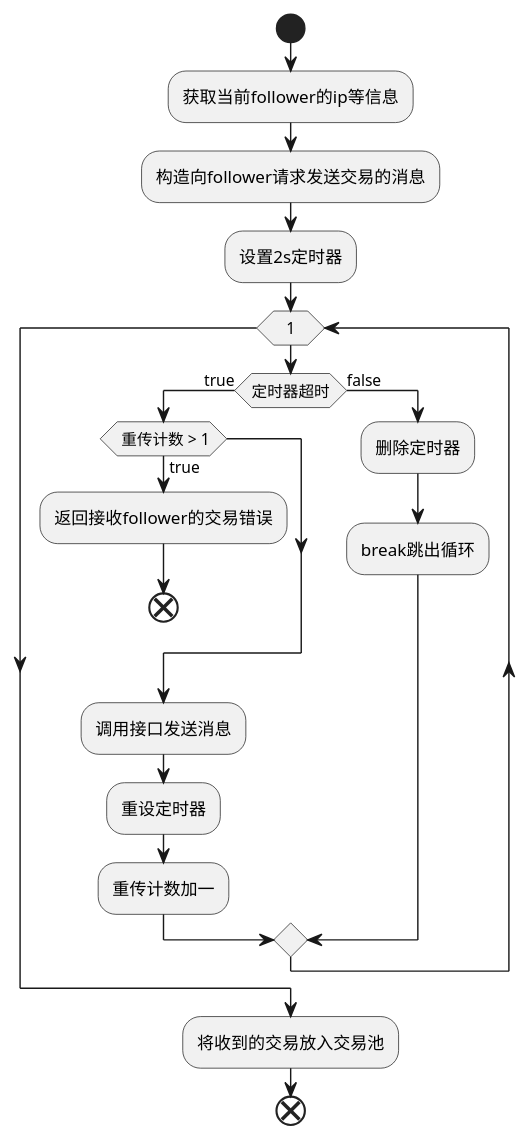
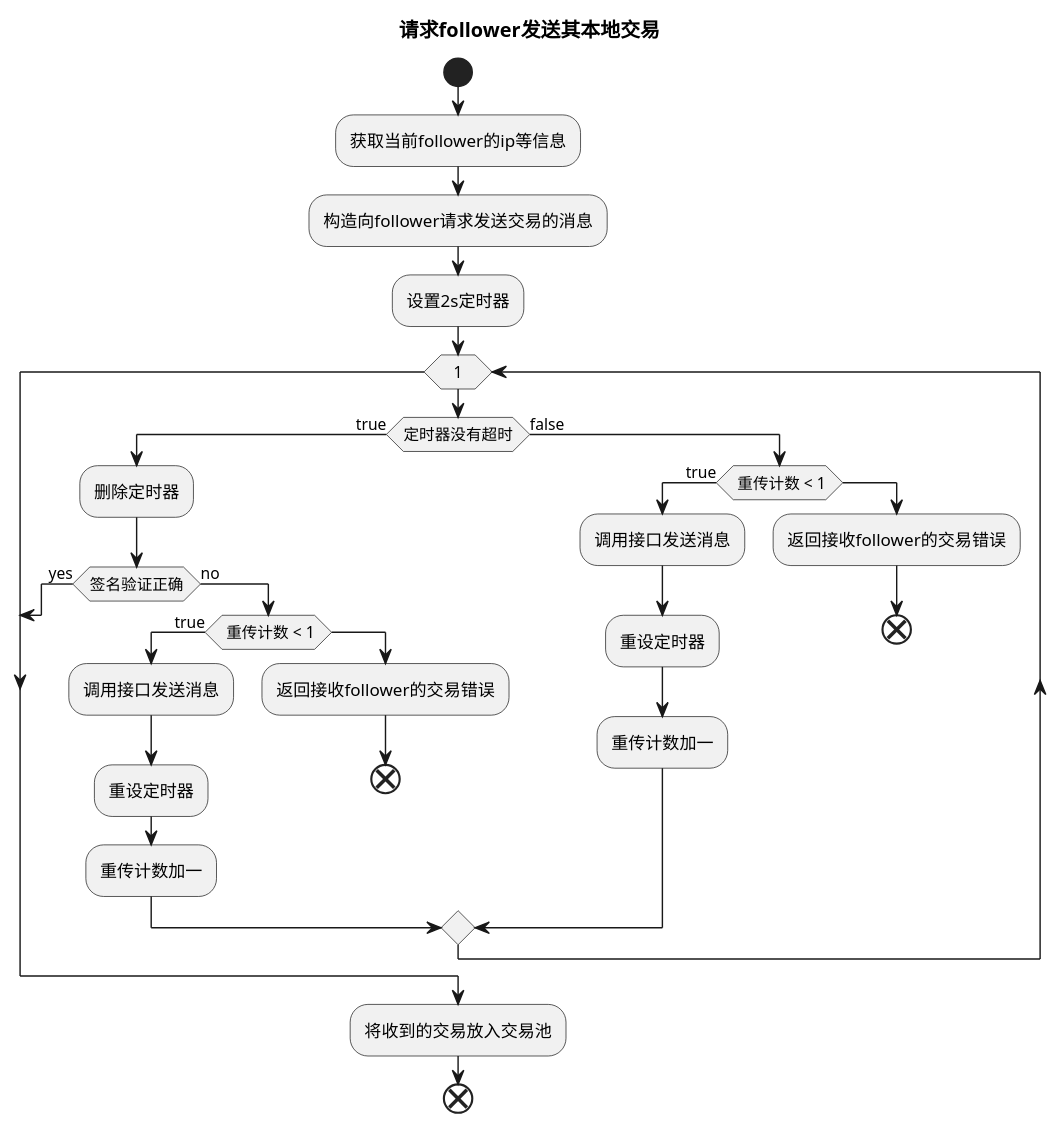
One commit to alvinleee/matrix-work changed the diagram in doc/sendTxReqToFollowers.wsd. Above: the diagram before and after it, drawn with PlantUML. The commit also changed 6 other files, not shown here.

Commit message:
update leader的具体函数流程图

```diff
--- a/doc/sendTxReqToFollowers.wsd
+++ b/doc/sendTxReqToFollowers.wsd
@@ -1,24 +1,36 @@
 @startuml
-
+title 请求follower发送其本地交易
 start
 :获取当前follower的ip等信息;
 :构造向follower请求发送交易的消息;
 :设置2s定时器;
 while (1)
-if (定时器超时) then (true)
-    if( 重传计数 > 1) then (true)
+if (定时器没有超时) then (true)
+    :删除定时器;
+    if(签名验证正确)then (yes)
+        break
+    else(no)
+        if( 重传计数 < 1) then (true)
+            :调用接口发送消息;
+            :重设定时器;
+            :重传计数加一;
+        else
+            :返回接收follower的交易错误;
+            end
+        endif
+    endif
+else (false)
+    if( 重传计数 < 1) then (true)
+    :调用接口发送消息;
+    :重设定时器;
+    :重传计数加一;
+    else
         :返回接收follower的交易错误;
         end
     endif
-    :调用接口发送消息;
-    :重设定时器;
-    :重传计数加一;
-else (false)
-    :删除定时器;
-    :break跳出循环;
 endif
 endwhile
 :将收到的交易放入交易池;
 end
 
 @enduml
```
